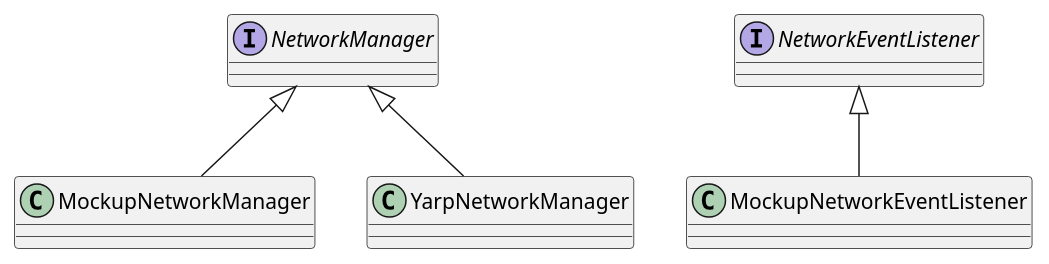
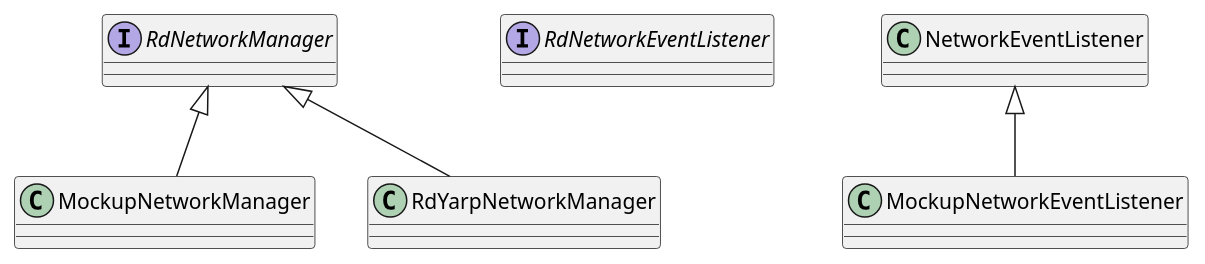
The diagram in en/network-management.md (asrob-uc3m/robotDevastation-developer-manual), drawn with PlantUML before and after one commit.

Commit message:
Updates en/network-management.md
Auto commit by GitBook Editor

```diff
--- a/en/network-management.md
+++ b/en/network-management.md
@@ -12,15 +12,15 @@
 {% plantuml %}
-interface NetworkManager
+interface RdNetworkManager
 
 Class MockupNetworkManager
 
-NetworkManager <|-- MockupNetworkManager
+RdNetworkManager <|-- MockupNetworkManager
 
-NetworkManager <|-- YarpNetworkManager
+RdNetworkManager <|-- RdYarpNetworkManager
 
-interface NetworkEventListener
+interface RdNetworkEventListener
 
 class MockupNetworkEventListener
 
 NetworkEventListener <|-- MockupNetworkEventListener
 {% endplantuml %}
```
